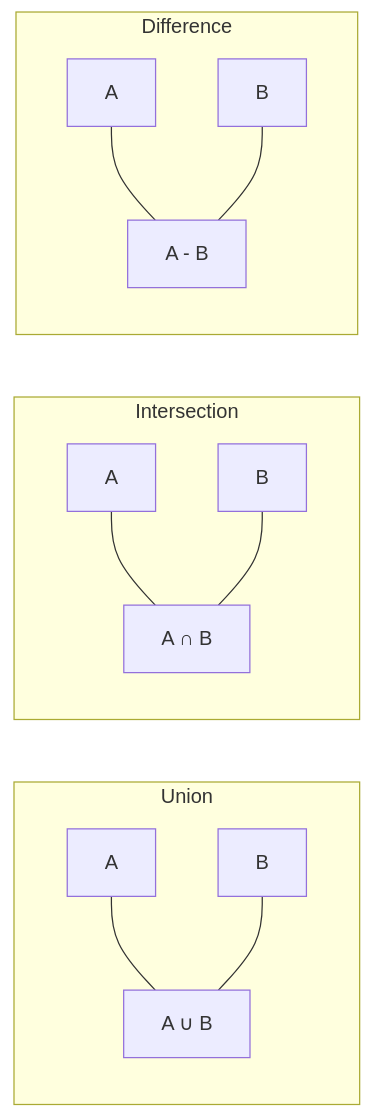
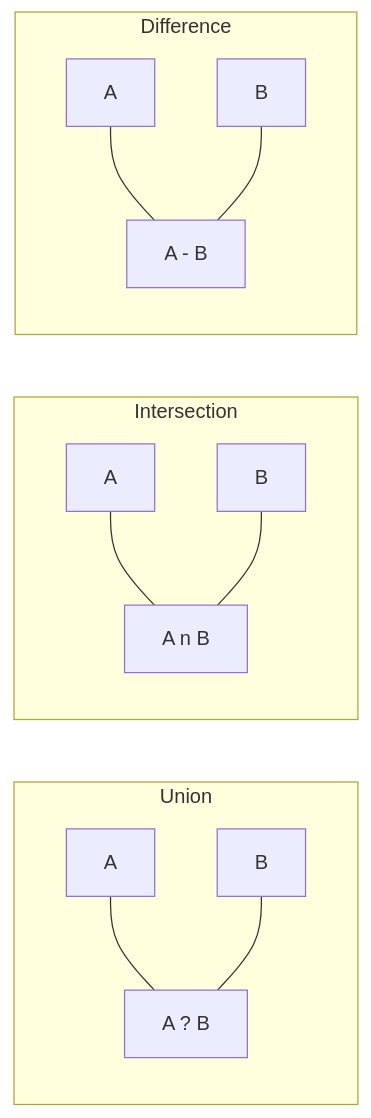
Before and after one commit to Raushan666java/ai-engineering-journey: the fourth of 4 diagrams in docs/courses/discrete-mathematics/01-sets.md, drawn with Mermaid. The commit also changed other lines of this file and 790 other files, not shown here.

Commit message:
Sync all course diagram renders and content updates

````diff
--- a/docs/courses/discrete-mathematics/01-sets.md
+++ b/docs/courses/discrete-mathematics/01-sets.md
@@ -392,15 +392,15 @@
 ```mermaid
 flowchart LR
     subgraph Union
-        A1["A"] --- U1["A ∪ B"]
+        A1["A"] --- U1["A ? B"]
         B1["B"] --- U1
     end
     subgraph Intersection
-        A2["A"] --- I2["A ∩ B"]
+        A2["A"] --- I2["A n B"]
         B2["B"] --- I2
     end
     subgraph Difference
         A3["A"] --- D3["A - B"]
         B3["B"] --- D3
     end
 ```
````
